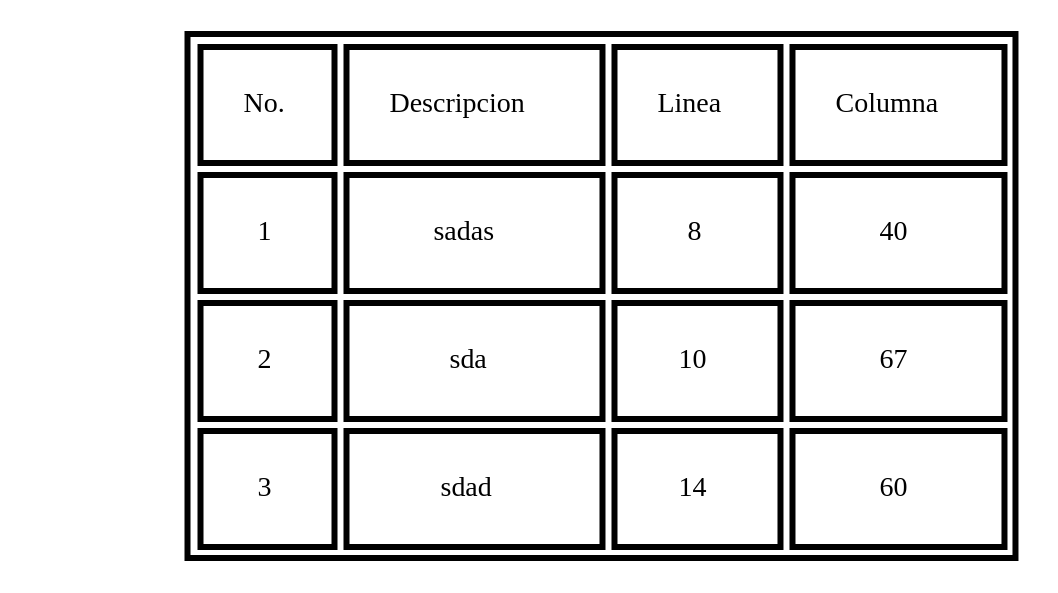
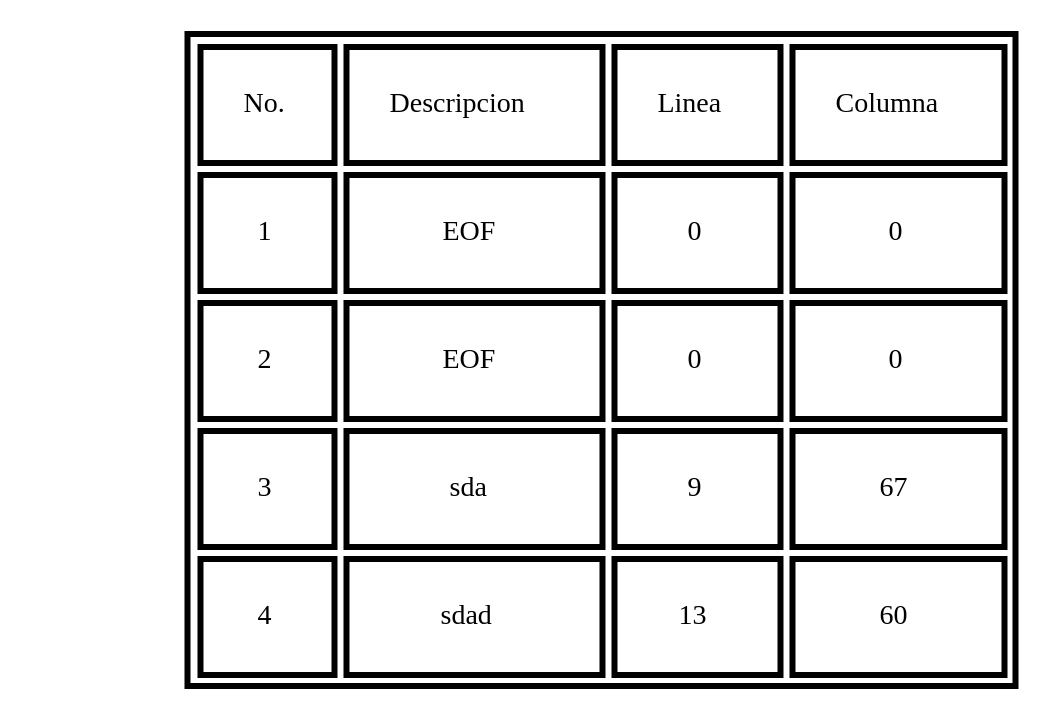
The diagram in sintacticos.dot (kevinmp2/LFP_PROYECTO2_202103206), drawn with Graphviz before and after one commit. The commit also changed 8 other files, not shown here.

```diff
--- a/sintacticos.dot
+++ b/sintacticos.dot
@@ -1,2 +1,2 @@
 digraph G {Start[label="", shape=none]
-a0[shape=none label=<<TABLE align="center" border="3" cellspacing="3" cellpadding="20"><TR><TD><FONT FACE="bold">No.</FONT></TD><TD><FONT FACE="bold">Descripcion</FONT></TD><TD><FONT FACE="bold">Linea</FONT></TD><TD><FONT FACE="bold">Columna</FONT></TD></TR><TR><TD>1</TD><TD>sadas</TD><TD>8</TD><TD>40</TD></TR><TR><TD>2</TD><TD>sda</TD><TD>10</TD><TD>67</TD></TR><TR><TD>3</TD><TD>sdad</TD><TD>14</TD><TD>60</TD></TR></TABLE>>];}
+a0[shape=none label=<<TABLE align="center" border="3" cellspacing="3" cellpadding="20"><TR><TD><FONT FACE="bold">No.</FONT></TD><TD><FONT FACE="bold">Descripcion</FONT></TD><TD><FONT FACE="bold">Linea</FONT></TD><TD><FONT FACE="bold">Columna</FONT></TD></TR><TR><TD>1</TD><TD>EOF</TD><TD>0</TD><TD>0</TD></TR><TR><TD>2</TD><TD>EOF</TD><TD>0</TD><TD>0</TD></TR><TR><TD>3</TD><TD>sda</TD><TD>9</TD><TD>67</TD></TR><TR><TD>4</TD><TD>sdad</TD><TD>13</TD><TD>60</TD></TR></TABLE>>];}
```
